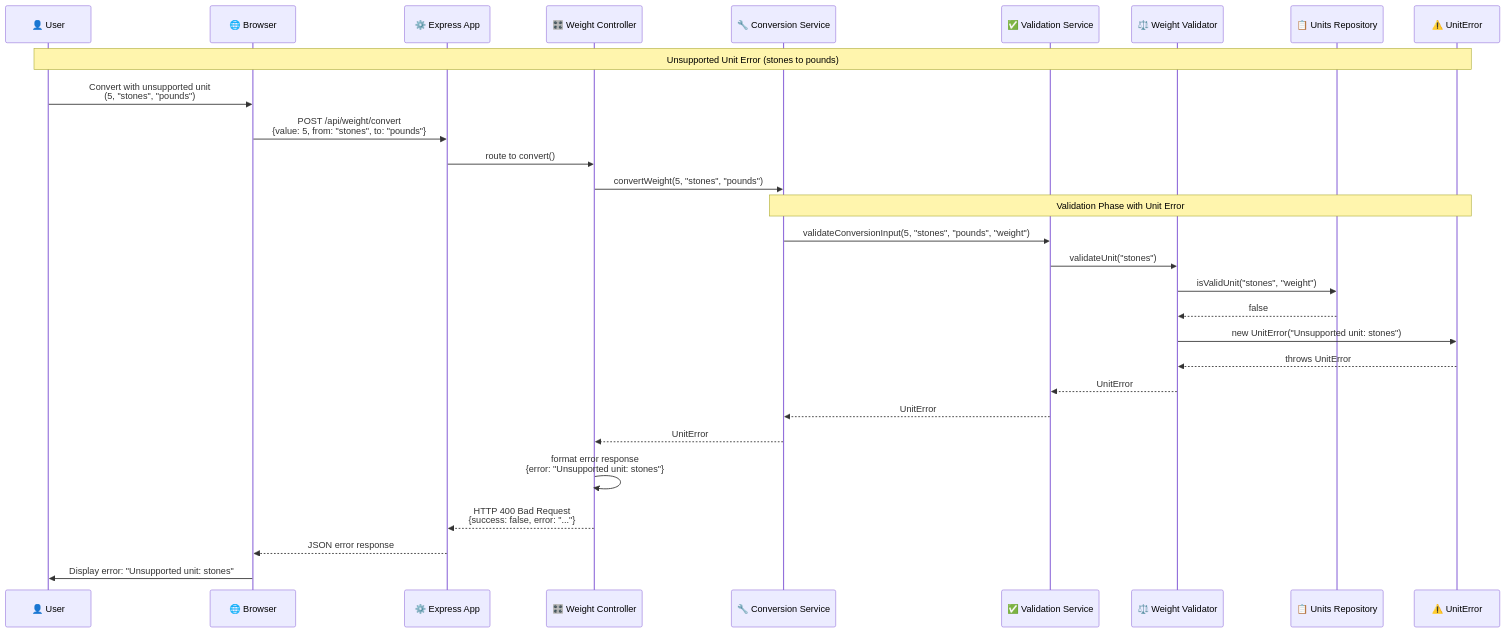
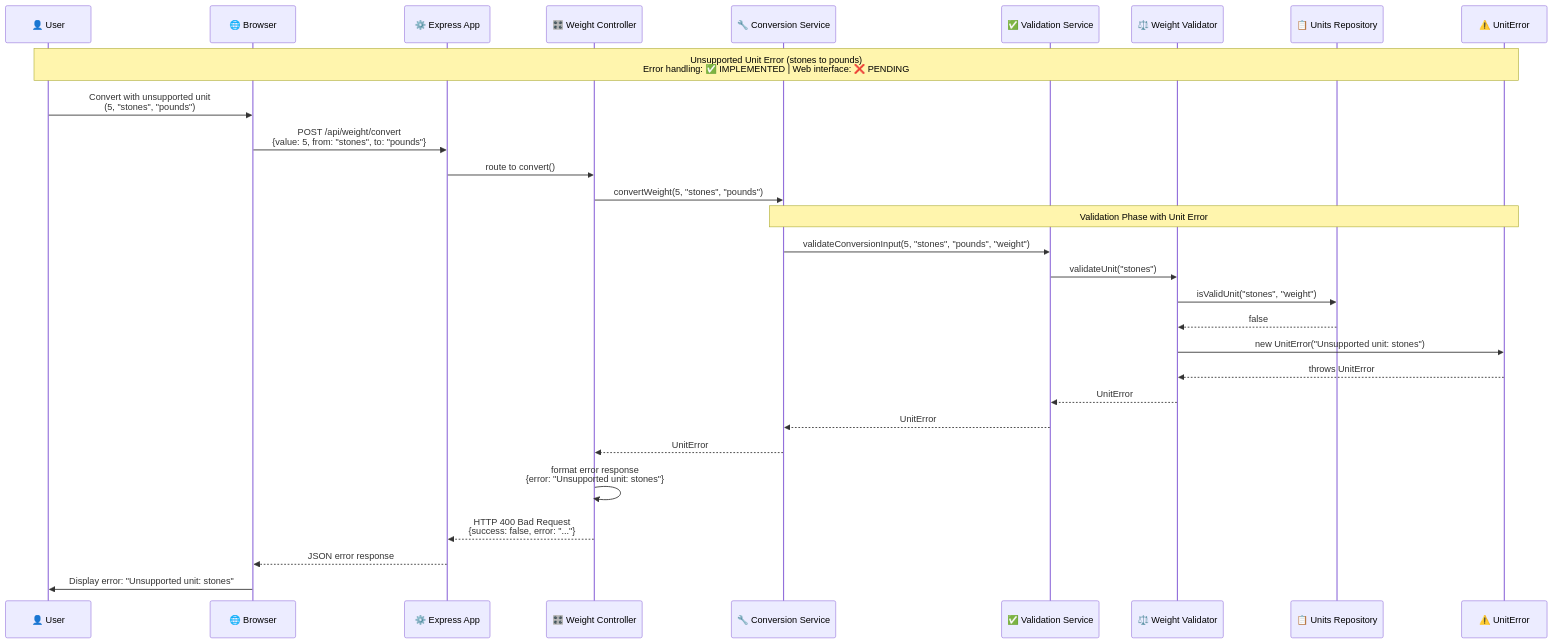
One commit to Shockp/Backend-Projects changed the third of 5 diagrams in unit-converter/uml-diagrams/SequenceDiagram.md. Above: the diagram before and after it, drawn with Mermaid. The commit also changed other lines of this file and 4 other files, not shown here.

Commit message:
UML updated

````diff
--- a/unit-converter/uml-diagrams/SequenceDiagram.md
+++ b/unit-converter/uml-diagrams/SequenceDiagram.md
@@ -100,36 +102,36 @@
 ```mermaid
 sequenceDiagram
     participant User as 👤 User
     participant Browser as 🌐 Browser
     participant App as ⚙️ Express App
     participant WC as 🎛️ Weight Controller
     participant CS as 🔧 Conversion Service
     participant VS as ✅ Validation Service
     participant WV as ⚖️ Weight Validator
     participant UR as 📋 Units Repository
     participant UE as ⚠️ UnitError
 
-    Note over User, UE: Unsupported Unit Error (stones to pounds)
+    Note over User, UE: Unsupported Unit Error (stones to pounds)<br/>Error handling: ✅ IMPLEMENTED | Web interface: ❌ PENDING
 
     User->>Browser: Convert with unsupported unit<br/>(5, "stones", "pounds")
     Browser->>App: POST /api/weight/convert<br/>{value: 5, from: "stones", to: "pounds"}
     App->>WC: route to convert()
     
     WC->>CS: convertWeight(5, "stones", "pounds")
     
     Note over CS, UE: Validation Phase with Unit Error
     CS->>VS: validateConversionInput(5, "stones", "pounds", "weight")
     VS->>WV: validateUnit("stones")
     WV->>UR: isValidUnit("stones", "weight")
     UR-->>WV: false
     WV->>UE: new UnitError("Unsupported unit: stones")
     UE-->>WV: throws UnitError
     WV-->>VS: UnitError
     VS-->>CS: UnitError
     CS-->>WC: UnitError
     
     WC->>WC: format error response<br/>{error: "Unsupported unit: stones"}
     WC-->>App: HTTP 400 Bad Request<br/>{success: false, error: "..."}
     App-->>Browser: JSON error response
     Browser->>User: Display error: "Unsupported unit: stones"
 ```
````
